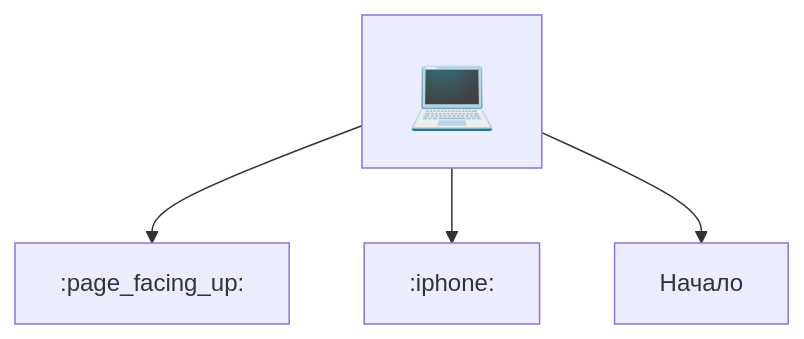
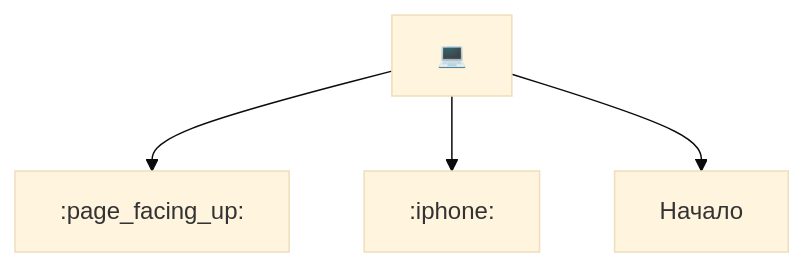
Before and after one commit to BlockchainCommons/SmartCustody: the first of 16 diagrams in Docs/Scenario-Multisig.md, drawn with Mermaid.

````diff
--- a/Docs/Scenario-Multisig.md
+++ b/Docs/Scenario-Multisig.md
@@ -18,10 +18,11 @@
 ```mermaid
+%%{init: {'theme': 'base', 'themeVariables': { 'fontSize': '50'}}}%%
     graph TD;
-    A["<font size=20>💻"]
+    A["💻"]
     B[:page_facing_up:]
     C[:iphone:]
     D[Начало]
     A-->B;
     A-->C;
     A-->D;
 ```
````
